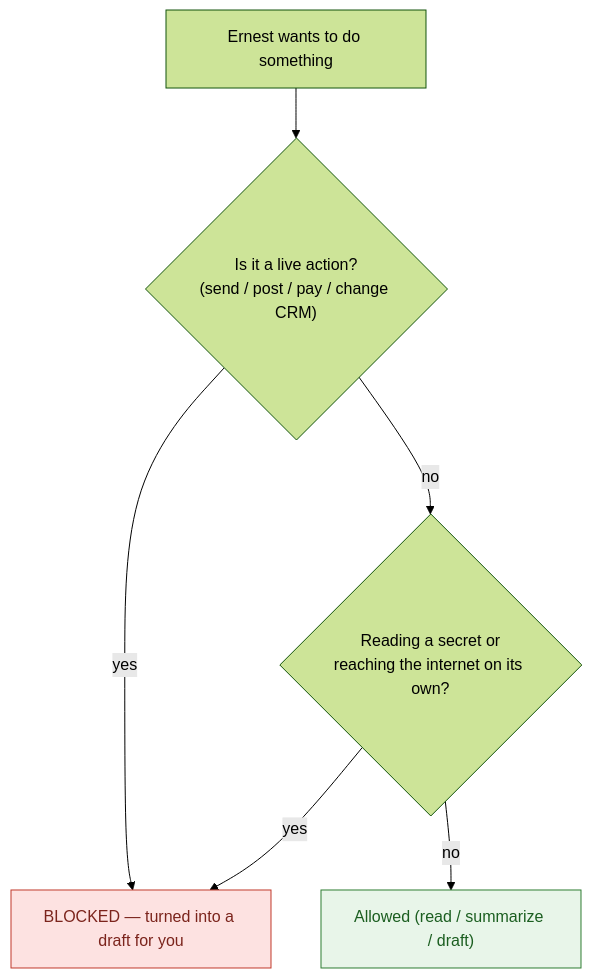
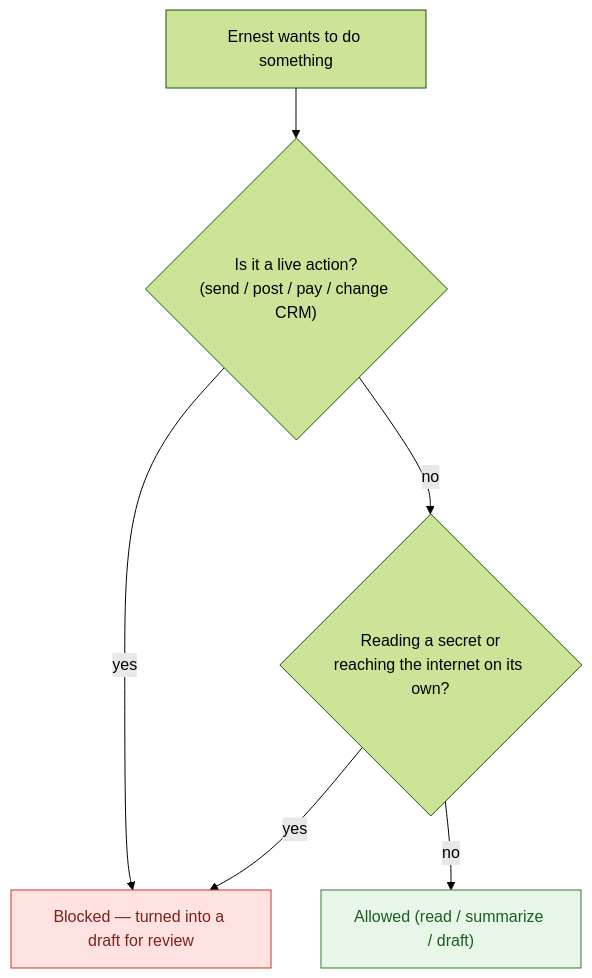
The fourth of 7 diagrams in docs/guidebook.md (romaluev/ernest-cc), drawn with Mermaid (forest theme) before and after one commit. The commit also changed other lines of this file and 6 other files, not shown here.

````diff
--- a/docs/guidebook.md
+++ b/docs/guidebook.md
@@ -107,12 +105,12 @@
 ```mermaid
 flowchart TD
     A["Ernest wants to do something"] --> B{"Is it a live action?<br/>(send / post / pay / change CRM)"}
-    B -- yes --> D["BLOCKED — turned into a draft for you"]
+    B -- yes --> D["Blocked — turned into a draft for review"]
     B -- no --> C{"Reading a secret or<br/>reaching the internet on its own?"}
     C -- yes --> D
     C -- no --> G["Allowed (read / summarize / draft)"]
     classDef deny fill:#fde2e1,stroke:#c0392b,color:#7b241c
     classDef ok fill:#e8f5e9,stroke:#2e7d32,color:#1b5e20
     class D deny
     class G ok
 ```
````
